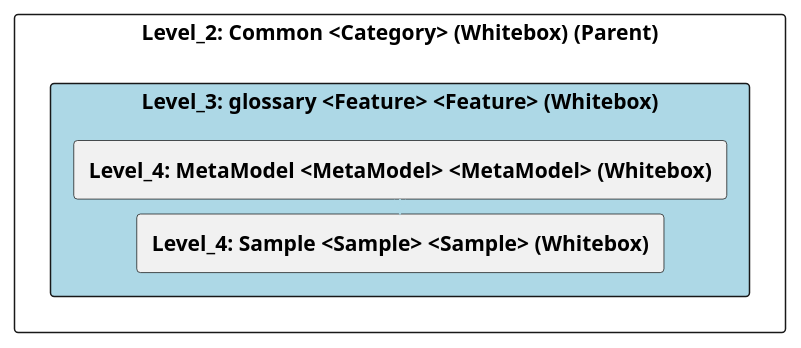
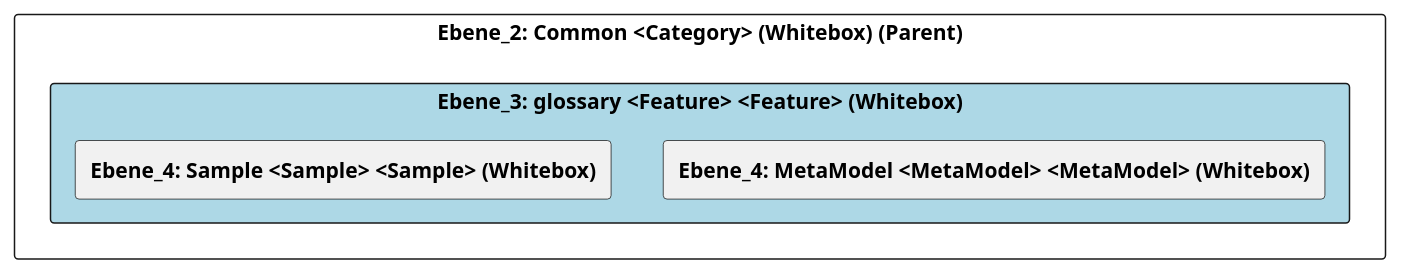
One commit to marcozwyssig/cleon changed the diagram in doc/cleonproject_deliverables_architecture_model_architecture/adoc/de/05_bausteinsicht/cleon/common/glossary/ebene_3_glossary.adoc. Above: the diagram before and after it, drawn with PlantUML. The commit also changed other lines of this file and 150 other files, not shown here.

```diff
--- a/doc/cleonproject_deliverables_architecture_model_architecture/adoc/de/05_bausteinsicht/cleon/common/glossary/ebene_3_glossary.adoc
+++ b/doc/cleonproject_deliverables_architecture_model_architecture/adoc/de/05_bausteinsicht/cleon/common/glossary/ebene_3_glossary.adoc
@@ -20,28 +20,25 @@
-[plantuml, Level_3: glossary <Feature> <Feature> (Whitebox)BlockOverview, format="svg"]
+[plantuml, Ebene_3: glossary <Feature> <Feature> (Whitebox)BlockOverview, format="svg"]
 ----
-@startuml Level_3: glossary <Feature> <Feature> (Whitebox)BuildingBlockOverview
+@startuml Ebene_3: glossary <Feature> <Feature> (Whitebox)BuildingBlockOverview
 
 skinparam ranksep 10
 skinparam componentStyle rectangle
 skinparam shadowing false
 skinparam arrowColor lightblue
 skinparam arrowThickness 1.2
 skinparam rectangle {
   BackgroundColor White
   BorderColor #333
   RoundCorner 10
 }
 top to bottom direction
 
-component "Level_2: Common <Category> (Whitebox) (Parent)" {
-    component "Level_3: glossary <Feature> <Feature> (Whitebox)" #lightblue {
-        [**Level_4: MetaModel <MetaModel> <MetaModel> (Whitebox)**] as 4A570579_D579_11EE_903E_9F564E4DE07E
-        [**Level_4: Sample <Sample> <Sample> (Whitebox)**] as 4A57057A_D579_11EE_903E_9F564E4DE07E
+component "Ebene_2: Common <Category> (Whitebox) (Parent)" {
+    component "Ebene_3: glossary <Feature> <Feature> (Whitebox)" #lightblue {
+        [**Ebene_4: MetaModel <MetaModel> <MetaModel> (Whitebox)**] as 4A570579_D579_11EE_903E_9F564E4DE07E
+        [**Ebene_4: Sample <Sample> <Sample> (Whitebox)**] as 4A57057A_D579_11EE_903E_9F564E4DE07E
     }
-
-    4A570579_D579_11EE_903E_9F564E4DE07E -down-> 4A57057A_D579_11EE_903E_9F564E4DE07E
-    
 }
 
 @enduml
 ----
```
